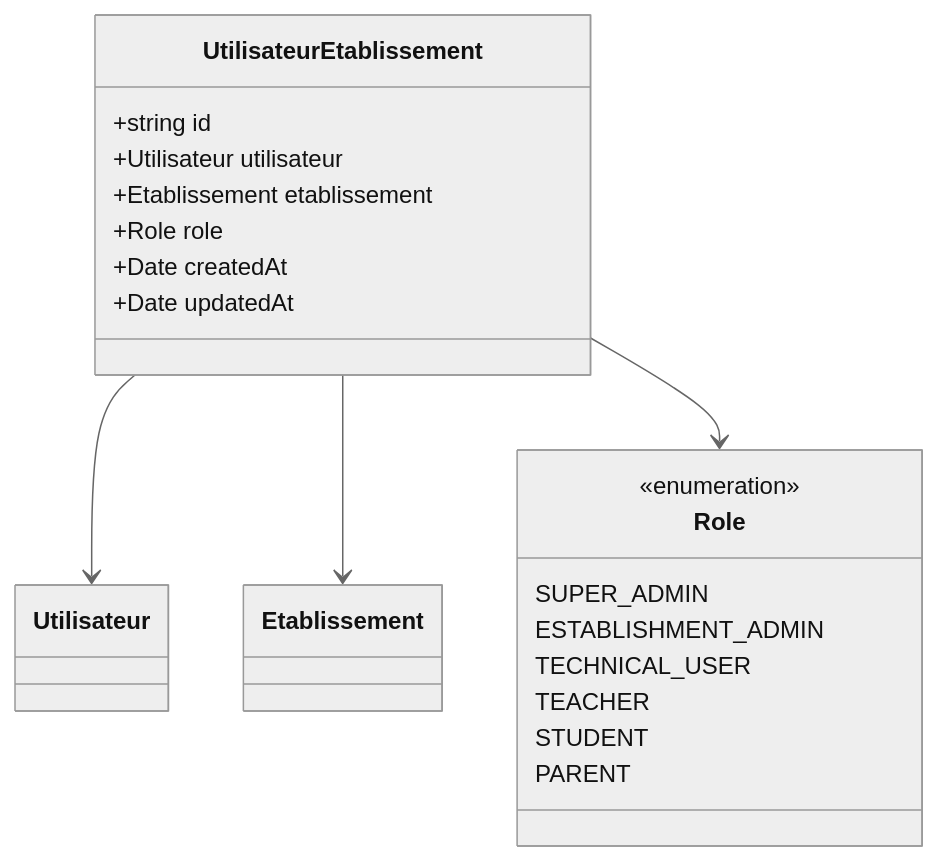
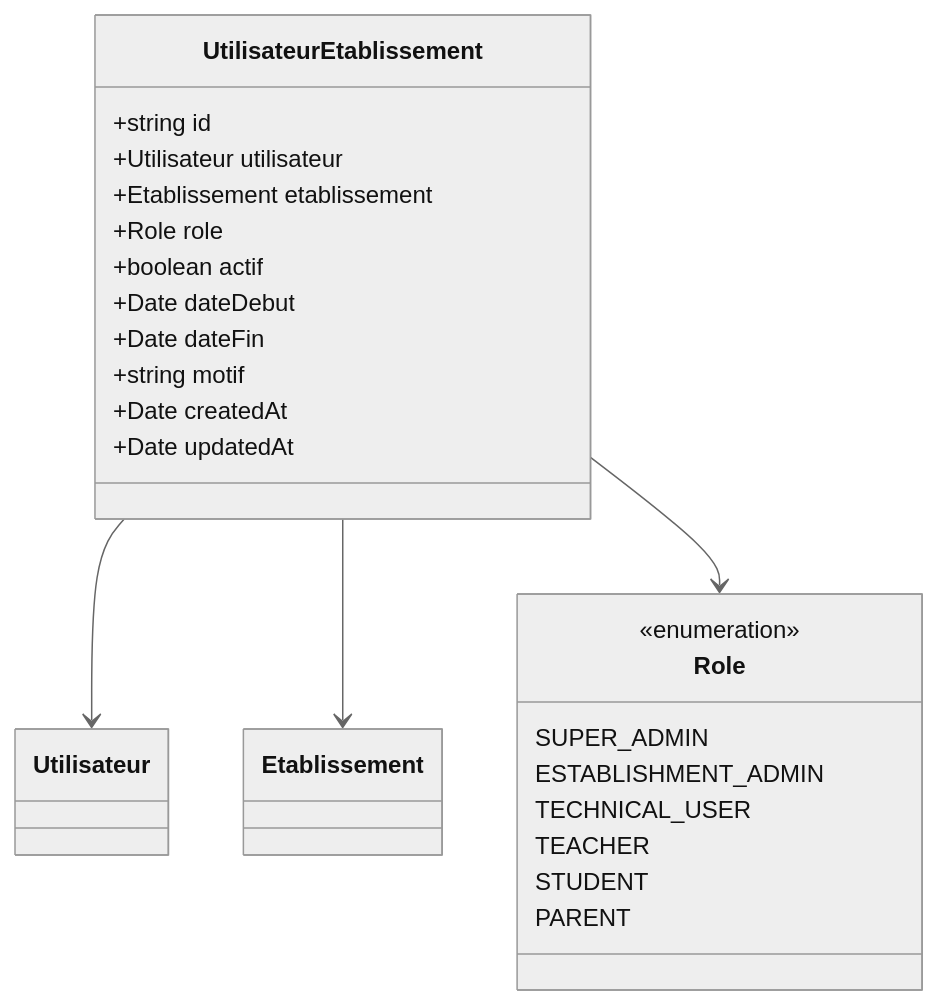
The seventh of 18 diagrams in .qoder/repowiki/en/content/Modules & Features/Administrative Modules/Establishment Management.md (franckylab/eLISAschool), drawn with Mermaid (neutral theme) before and after one commit. The commit also changed other lines of this file and 67 other files, not shown here.

````diff
--- a/.qoder/repowiki/en/content/Modules & Features/Administrative Modules/Establishment Management.md
+++ b/.qoder/repowiki/en/content/Modules & Features/Administrative Modules/Establishment Management.md
@@ -284,23 +407,27 @@
 ```mermaid
 classDiagram
 class UtilisateurEtablissement {
 +string id
 +Utilisateur utilisateur
 +Etablissement etablissement
 +Role role
++boolean actif
++Date dateDebut
++Date dateFin
++string motif
 +Date createdAt
 +Date updatedAt
 }
 class Role {
 <<enumeration>>
 SUPER_ADMIN
 ESTABLISHMENT_ADMIN
 TECHNICAL_USER
 TEACHER
 STUDENT
 PARENT
 }
 UtilisateurEtablissement --> Utilisateur
 UtilisateurEtablissement --> Etablissement
 UtilisateurEtablissement --> Role
 ```
````
